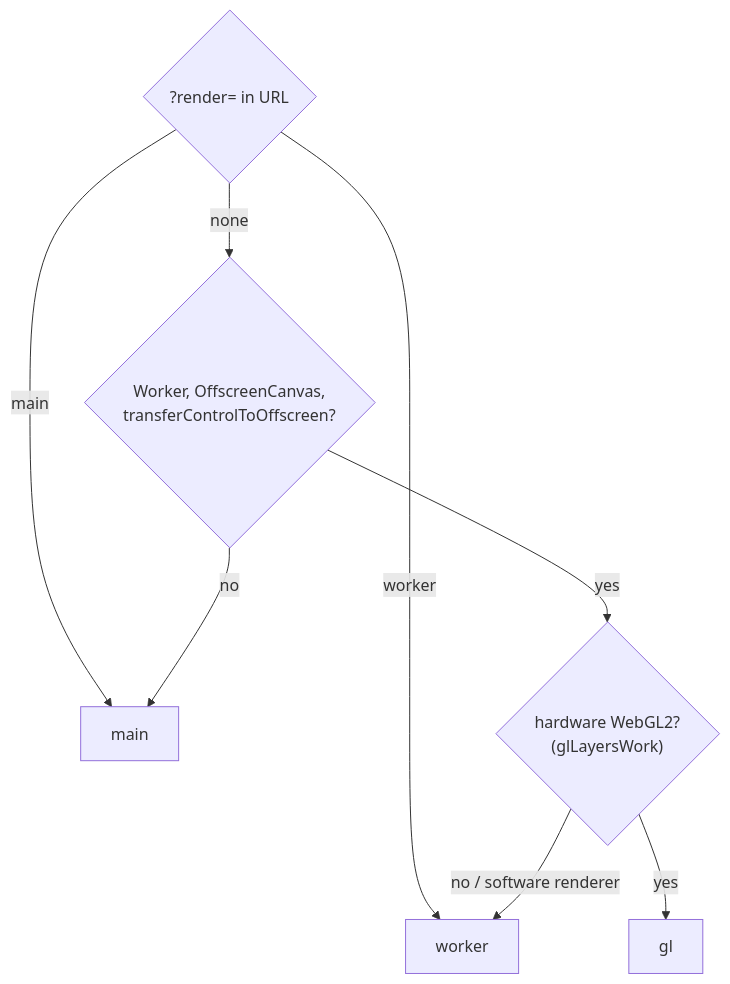
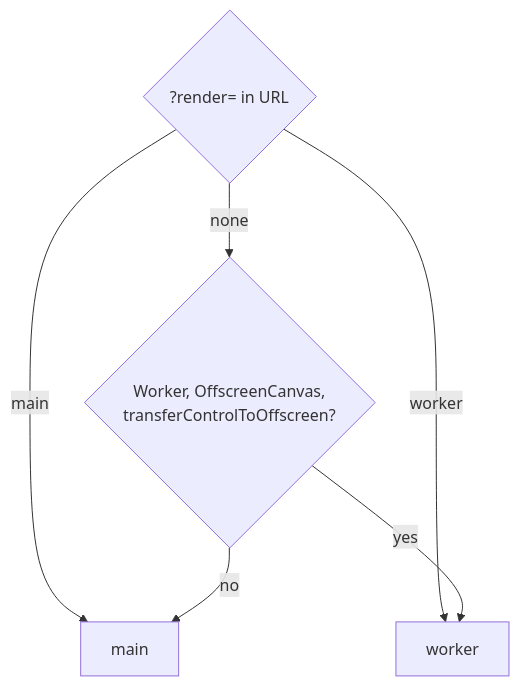
One commit to pilniczek/colony2080 changed the second of 7 diagrams in docs/rendering.md. Above: the diagram before and after it, drawn with Mermaid. The commit also changed other lines of this file and 13 other files, not shown here.

````diff
--- a/docs/rendering.md
+++ b/docs/rendering.md
@@ -34,10 +34,8 @@
 ```mermaid
 flowchart TD
   A{"?render= in URL"} -- main --> M[main]
   A -- worker --> W[worker]
   A -- none --> B{"Worker, OffscreenCanvas,<br/>transferControlToOffscreen?"}
   B -- no --> M
-  B -- yes --> C{"hardware WebGL2?<br/>(glLayersWork)"}
-  C -- yes --> G[gl]
-  C -- "no / software renderer" --> W
+  B -- yes --> W
 ```
````
